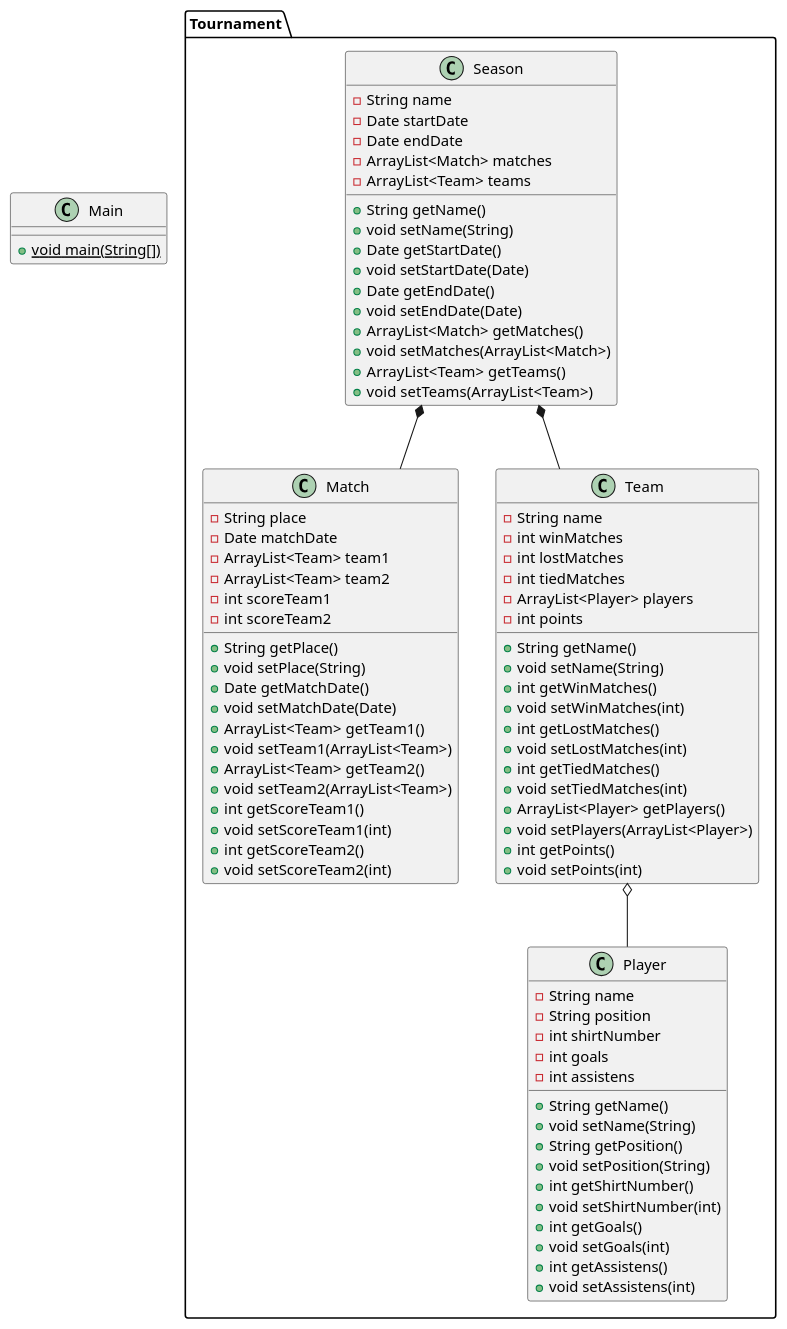
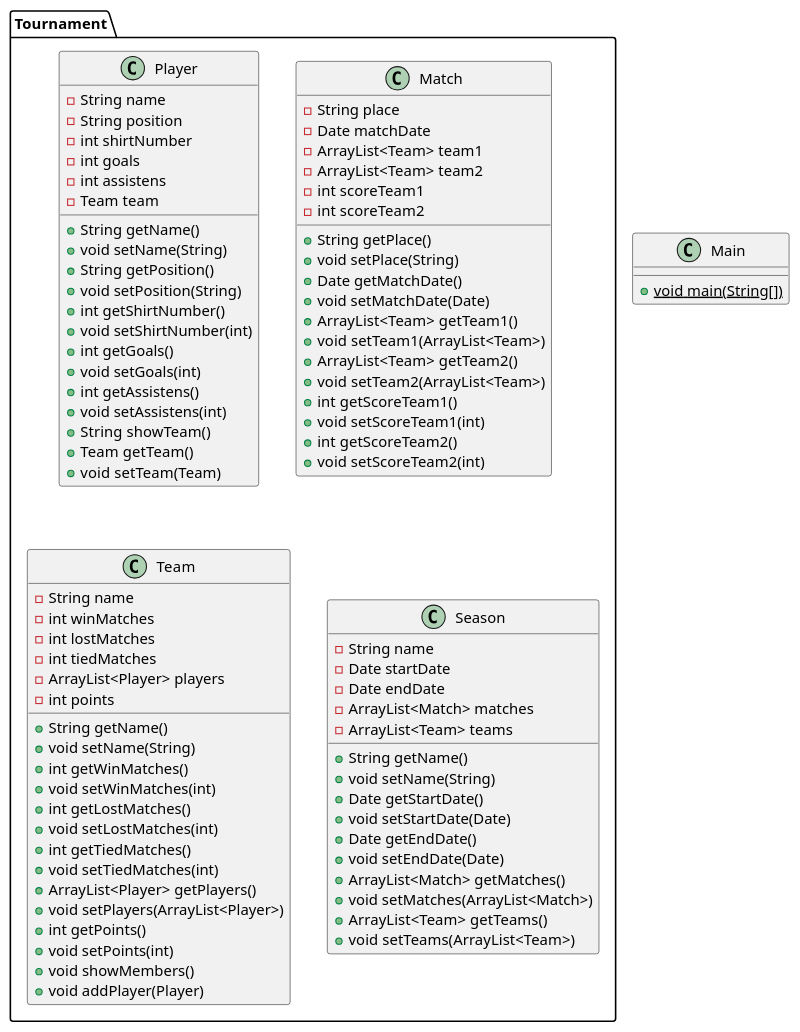
The diagram in Diagram.puml (TomiDepa/DaVinciTournametPOO), drawn with PlantUML before and after one commit. The commit also changed 1 other file, not shown here.

```diff
--- a/Diagram.puml
+++ b/Diagram.puml
@@ -1,84 +1,85 @@
 @startuml
 class Main {
 + {static} void main(String[])
 }
 class Tournament.Player {
 - String name
 - String position
 - int shirtNumber
 - int goals
 - int assistens
+- Team team
 + String getName()
 + void setName(String)
 + String getPosition()
 + void setPosition(String)
 + int getShirtNumber()
 + void setShirtNumber(int)
 + int getGoals()
 + void setGoals(int)
 + int getAssistens()
 + void setAssistens(int)
++ String showTeam()
++ Team getTeam()
++ void setTeam(Team)
 }
 class Tournament.Match {
 - String place
 - Date matchDate
 - ArrayList<Team> team1
 - ArrayList<Team> team2
 - int scoreTeam1
 - int scoreTeam2
 + String getPlace()
 + void setPlace(String)
 + Date getMatchDate()
 + void setMatchDate(Date)
 + ArrayList<Team> getTeam1()
 + void setTeam1(ArrayList<Team>)
 + ArrayList<Team> getTeam2()
 + void setTeam2(ArrayList<Team>)
 + int getScoreTeam1()
 + void setScoreTeam1(int)
 + int getScoreTeam2()
 + void setScoreTeam2(int)
 }
 class Tournament.Team {
 - String name
 - int winMatches
 - int lostMatches
 - int tiedMatches
 - ArrayList<Player> players
 - int points
 + String getName()
 + void setName(String)
 + int getWinMatches()
 + void setWinMatches(int)
 + int getLostMatches()
 + void setLostMatches(int)
 + int getTiedMatches()
 + void setTiedMatches(int)
 + ArrayList<Player> getPlayers()
 + void setPlayers(ArrayList<Player>)
 + int getPoints()
 + void setPoints(int)
++ void showMembers()
++ void addPlayer(Player)
 }
 class Tournament.Season {
 - String name
 - Date startDate
 - Date endDate
 - ArrayList<Match> matches
 - ArrayList<Team> teams
 + String getName()
 + void setName(String)
 + Date getStartDate()
 + void setStartDate(Date)
 + Date getEndDate()
 + void setEndDate(Date)
 + ArrayList<Match> getMatches()
 + void setMatches(ArrayList<Match>)
 + ArrayList<Team> getTeams()
 + void setTeams(ArrayList<Team>)
 }
-
-Tournament.Season *-- Tournament.Team
-Tournament.Season *-- Tournament.Match
-Tournament.Team o-- Tournament.Player
-
 @enduml
```
